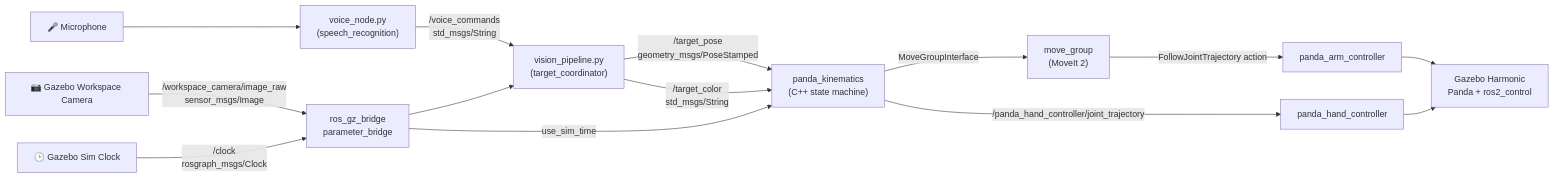
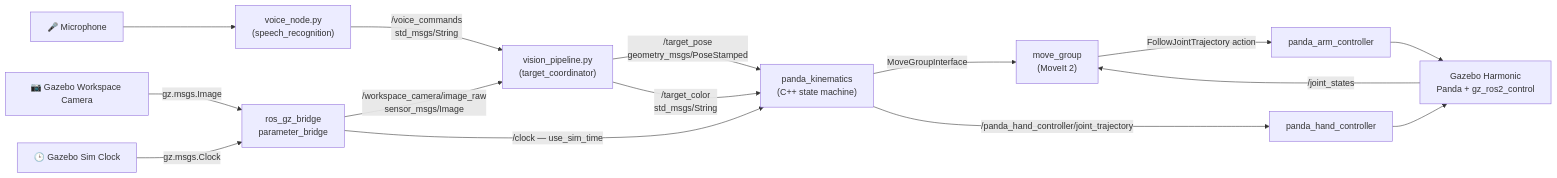
Before and after one commit to PaONEkaruchola/franka-cv-voice-pipeline: the diagram in README.md, drawn with Mermaid. The commit also changed other lines of this file, not shown here.

First line of the commit message:
docs: document workspace setup, upstream deps, and correct node start order

````diff
--- a/README.md
+++ b/README.md
@@ -75,16 +112,17 @@
 ```mermaid
 flowchart LR
     MIC["🎤 Microphone"] --> VN["voice_node.py<br/>(speech_recognition)"]
     VN -->|/voice_commands<br/>std_msgs/String| VP["vision_pipeline.py<br/>(target_coordinator)"]
-    CAM["📷 Gazebo Workspace Camera"] -->|/workspace_camera/image_raw<br/>sensor_msgs/Image| BRIDGE["ros_gz_bridge<br/>parameter_bridge"]
-    BRIDGE --> VP
-    GZCLOCK["🕒 Gazebo Sim Clock"] -->|/clock<br/>rosgraph_msgs/Clock| BRIDGE
-    BRIDGE -->|use_sim_time| PK
+    CAM["📷 Gazebo Workspace Camera"] -->|gz.msgs.Image| BRIDGE["ros_gz_bridge<br/>parameter_bridge"]
+    GZCLOCK["🕒 Gazebo Sim Clock"] -->|gz.msgs.Clock| BRIDGE
+    BRIDGE -->|/workspace_camera/image_raw<br/>sensor_msgs/Image| VP
+    BRIDGE -->|/clock — use_sim_time| PK
     VP -->|/target_pose<br/>geometry_msgs/PoseStamped| PK["panda_kinematics<br/>(C++ state machine)"]
     VP -->|/target_color<br/>std_msgs/String| PK
     PK -->|MoveGroupInterface| MG["move_group<br/>(MoveIt 2)"]
     MG -->|FollowJointTrajectory action| PAC["panda_arm_controller"]
     PK -->|/panda_hand_controller/joint_trajectory| PHC["panda_hand_controller"]
-    PAC --> SIM["Gazebo Harmonic<br/>Panda + ros2_control"]
+    PAC --> SIM["Gazebo Harmonic<br/>Panda + gz_ros2_control"]
     PHC --> SIM
+    SIM -->|/joint_states| MG
 ```
````
